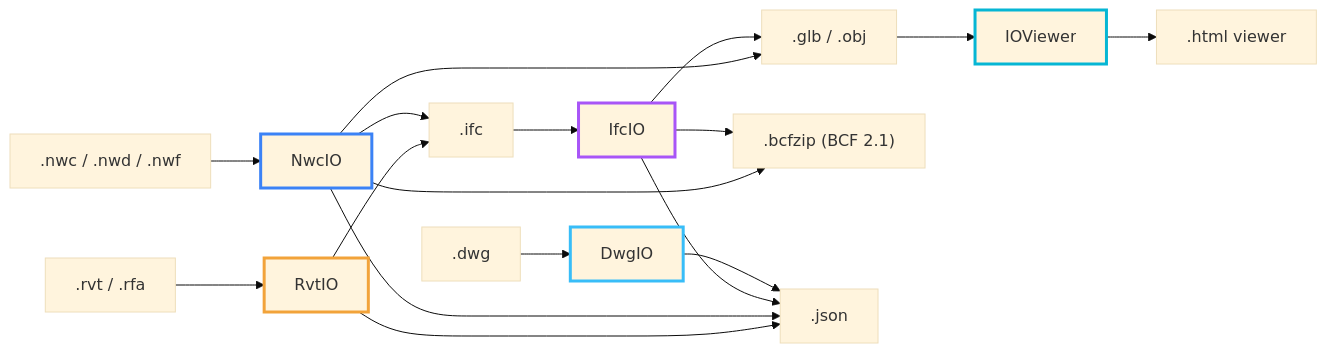
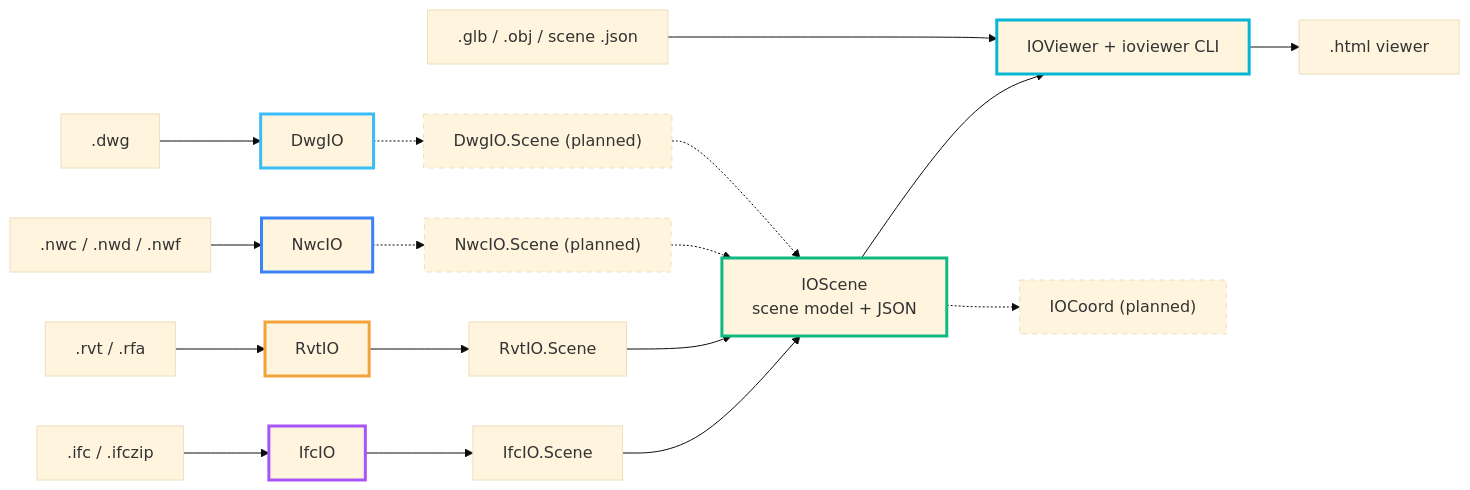
Before and after one commit to IOExtend/.github: the diagram in profile/README.md, drawn with Mermaid (base theme). The commit also changed other lines of this file, not shown here.

First line of the commit message:
docs: describe the IOScene architecture on the organization profile

````diff
--- a/profile/README.md
+++ b/profile/README.md
@@ -38,34 +53,37 @@
 ```mermaid
 flowchart LR
+  ifc[".ifc / .ifczip"] --> IfcIO
   rvt[".rvt / .rfa"] --> RvtIO
   nwc[".nwc / .nwd / .nwf"] --> NwcIO
   dwg[".dwg"] --> DwgIO
 
-  RvtIO --> ifc[".ifc"]
-  NwcIO --> ifc
-  ifc --> IfcIO
+  IfcIO --> IfcIOScene["IfcIO.Scene"]
+  RvtIO --> RvtIOScene["RvtIO.Scene"]
+  NwcIO -.-> NwcIOScene["NwcIO.Scene (planned)"]
+  DwgIO -.-> DwgIOScene["DwgIO.Scene (planned)"]
 
-  NwcIO --> glb[".glb / .obj"]
-  IfcIO --> glb
-  glb --> IOViewer
+  IfcIOScene --> IOScene["IOScene<br/>scene model + JSON"]
+  RvtIOScene --> IOScene
+  NwcIOScene -.-> IOScene
+  DwgIOScene -.-> IOScene
+
+  IOScene --> IOViewer["IOViewer + ioviewer CLI"]
+  IOScene -.-> IOCoord["IOCoord (planned)"]
+  files[".glb / .obj / scene .json"] ---> IOViewer
   IOViewer --> html[".html viewer"]
-
-  NwcIO --> bcf[".bcfzip (BCF 2.1)"]
-  IfcIO --> bcf
-
-  RvtIO --> json[".json"]
-  NwcIO --> json
-  IfcIO --> json
-  DwgIO --> json
 
   classDef rvt stroke:#F2A33A,stroke-width:3px
   classDef nwc stroke:#3B82F6,stroke-width:3px
   classDef ifcio stroke:#A855F7,stroke-width:3px
   classDef dwgio stroke:#38BDF8,stroke-width:3px
   classDef viewer stroke:#06B6D4,stroke-width:3px
+  classDef scene stroke:#10B981,stroke-width:3px
+  classDef planned stroke-dasharray: 5 5
   class RvtIO rvt
   class NwcIO nwc
   class IfcIO ifcio
   class DwgIO dwgio
   class IOViewer viewer
+  class IOScene scene
+  class NwcIOScene,DwgIOScene,IOCoord planned
 ```
````
